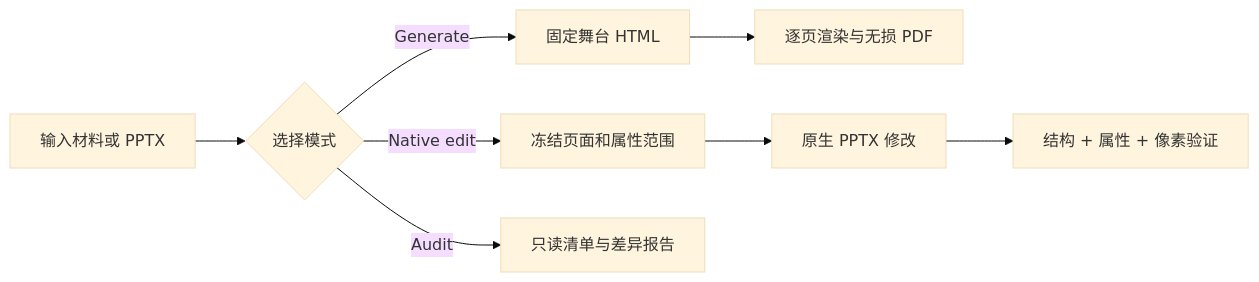
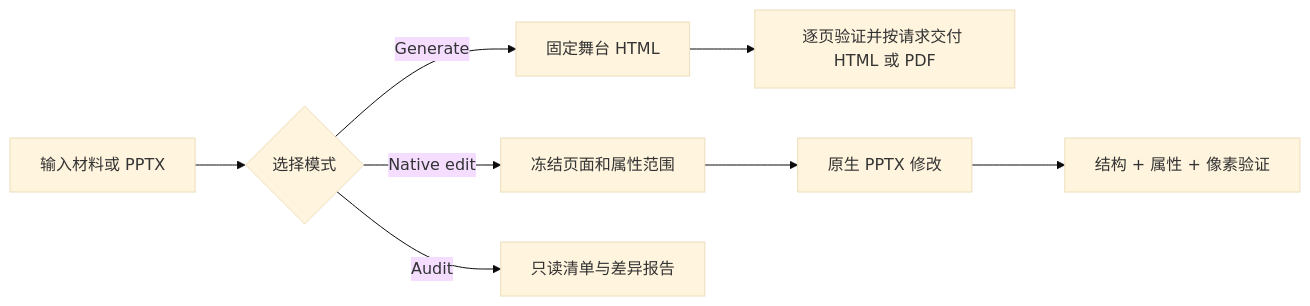
Before and after one commit to jiefeis/deck-forge: the diagram in .github/README.md, drawn with Mermaid (base theme). The commit also changed other lines of this file and 21 other files, not shown here.

````diff
--- a/.github/README.md
+++ b/.github/README.md
@@ -65,10 +65,10 @@
 ```mermaid
 flowchart LR
     A[输入材料或 PPTX] --> B{选择模式}
     B -->|Generate| C[固定舞台 HTML]
-    C --> D[逐页渲染与无损 PDF]
+    C --> D[逐页验证并按请求交付 HTML 或 PDF]
     B -->|Native edit| E[冻结页面和属性范围]
     E --> F[原生 PPTX 修改]
     F --> G[结构 + 属性 + 像素验证]
     B -->|Audit| H[只读清单与差异报告]
 ```
````
